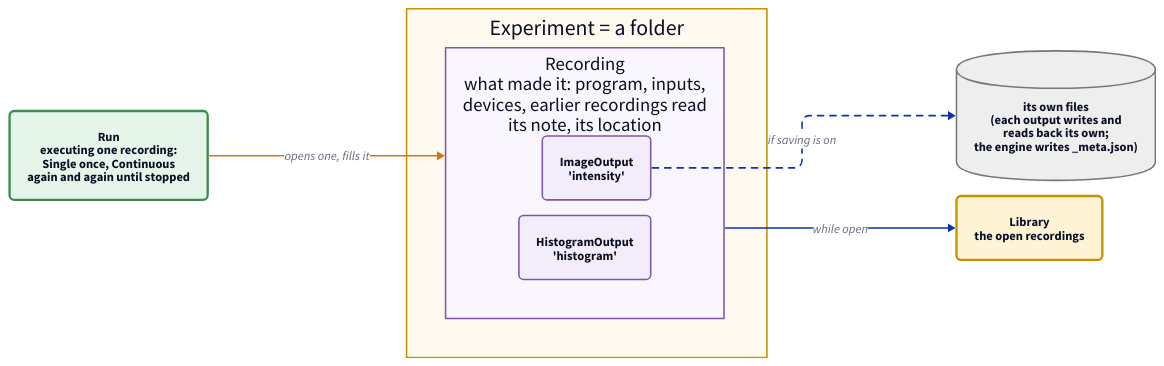
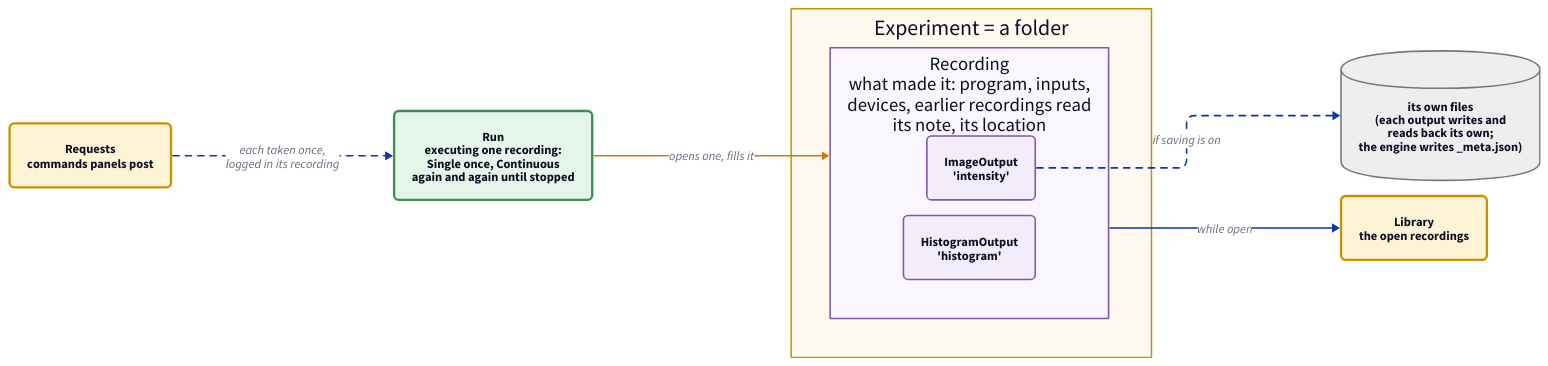
Before and after one commit to FishyIshyFishy/pyrpoc: the diagram in pyrpoc/core/nouns.d2, drawn with D2. The commit also changed 20 other files, not shown here.

First line of the commit message:
Requests: commands panels post, each taken once by a run

```diff
--- a/pyrpoc/core/nouns.d2
+++ b/pyrpoc/core/nouns.d2
@@ -1,31 +1,34 @@
 # Board 2 of 2: the nouns. Left: one run. Middle: what is made of what. Right: where it lives.
 vars: {d2-config: {layout-engine: elk}}
 direction: right
 
 classes: {
   data: {style: {fill: "#f3ecfa"; stroke: "#7e57a8"; border-radius: 6}}
   run: {style: {fill: "#e6f5e9"; stroke: "#3c8d4f"; stroke-width: 3; border-radius: 6}}
   coll: {style: {fill: "#fff3d6"; stroke: "#c79200"; stroke-width: 3; border-radius: 6}}
   disk: {shape: cylinder; style: {fill: "#eeeeee"; stroke: "#777777"}}
 }
 
 run: "Run\nexecuting one recording:\nSingle once, Continuous\nagain and again until stopped" {class: run}
 
 folder: "Experiment = a folder" {
   style: {fill: "#fffaf0"; stroke: "#c79200"}
 
   recording: "Recording\nwhat made it: program, inputs,\ndevices, earlier recordings read\nits note, its location" {
     style: {fill: "#faf6fd"; stroke: "#7e57a8"}
 
     intensity: "ImageOutput\n'intensity'" {class: data}
     histogram: "HistogramOutput\n'histogram'" {class: data}
   }
 }
 
 run -> folder.recording: "opens one, fills it" {style.stroke: "#d9730d"}
 
 library: "Library\nthe open recordings" {class: coll}
 files: "its own files\n(each output writes and\nreads back its own;\nthe engine writes _meta.json)" {class: disk}
 
 folder.recording -> library: "while open"
 folder.recording.intensity -> files: "if saving is on" {style.stroke-dash: 4}
+
+requests: "Requests\ncommands panels post" {class: coll}
+requests -> run: "each taken once,\nlogged in its recording" {style.stroke-dash: 4}
```
